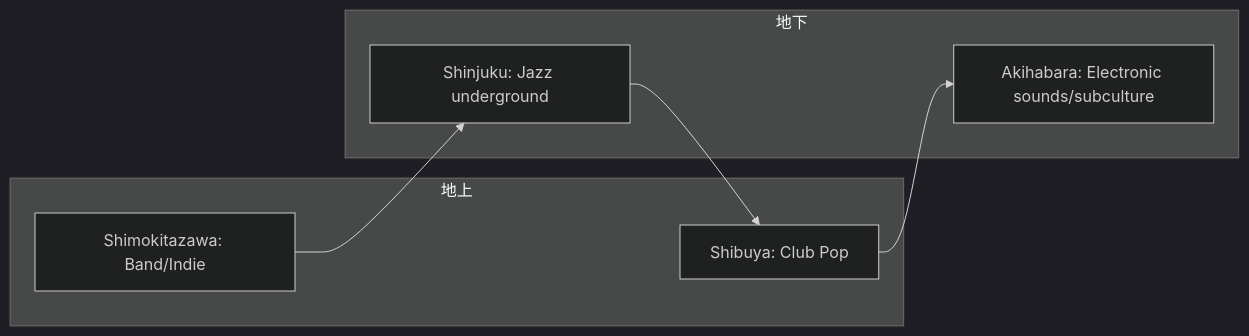
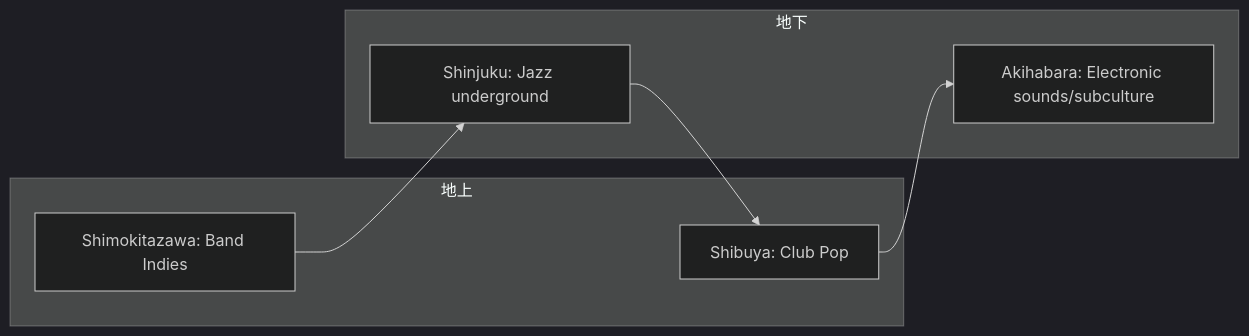
One commit to monumental-movement/monumental-movement.github.io changed the second of 2 diagrams in en/_posts/2025-10-23-column-tokyo-sound-layers.md. Above: the diagram before and after it, drawn with Mermaid (dark theme). The commit also changed other lines of this file and 528 other files, not shown here.

```diff
--- a/en/_posts/2025-10-23-column-tokyo-sound-layers.md
+++ b/en/_posts/2025-10-23-column-tokyo-sound-layers.md
@@ -152,17 +152,17 @@
 <div class="mermaid">
 
 graph LR
     subgraph 地上
         Shibuya["Shibuya: Club Pop"]
-        Shimokita["Shimokitazawa: Band/Indie"]
+        Shimokita["Shimokitazawa: Band Indies"]
     end
     subgraph 地下
         Shinjuku["Shinjuku: Jazz underground"]
         Akiba["Akihabara: Electronic sounds/subculture"]
     end
 
     Shibuya --> Akiba
     Shimokita --> Shinjuku
     Shinjuku --> Shibuya
 
 </div>
```
